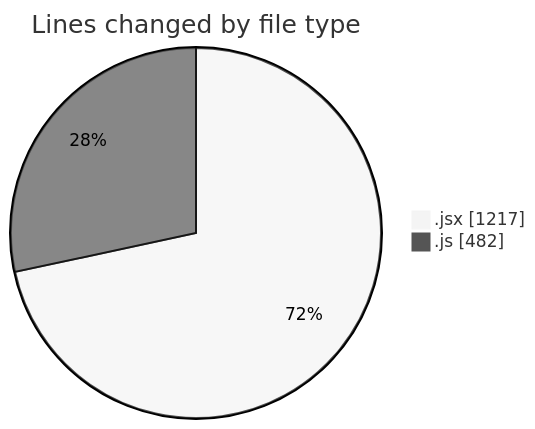
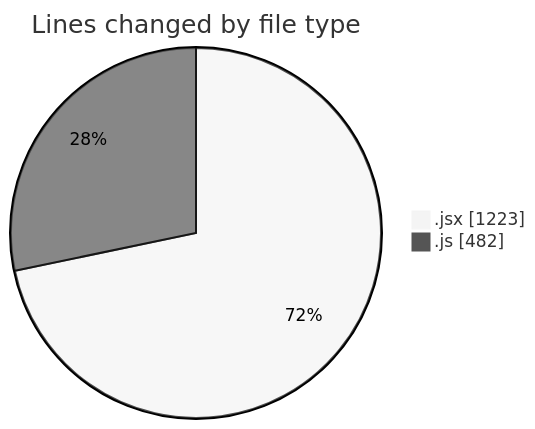
One commit to nxtqubesakshisongat/code-tracking changed the first of 2 diagrams in 2025-08-18/nxtqube_webapp/README.md. Above: the diagram before and after it, drawn with Mermaid (neutral theme). The commit also changed other lines of this file and 1 other file, not shown here.

````diff
--- a/2025-08-18/nxtqube_webapp/README.md
+++ b/2025-08-18/nxtqube_webapp/README.md
@@ -24,6 +24,6 @@
 ```mermaid
 pie showData
 title Lines changed by file type
-".jsx" : 1217
+".jsx" : 1223
 ".js" : 482
 ```
````
